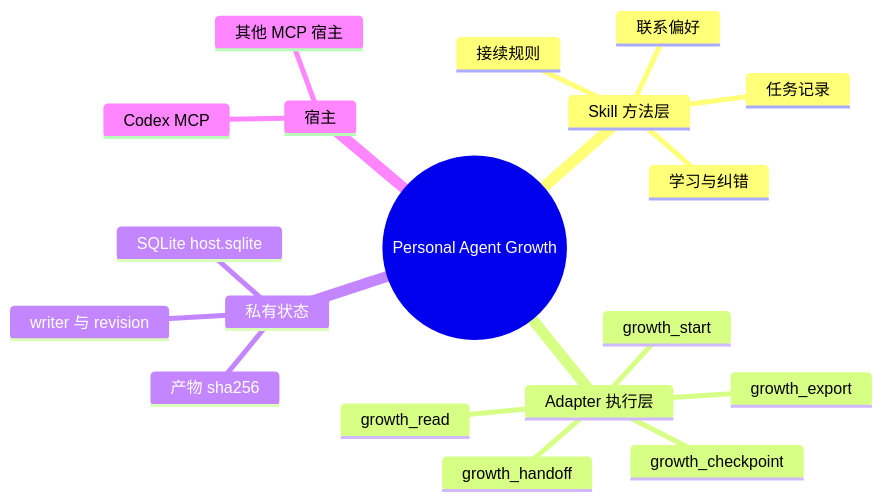
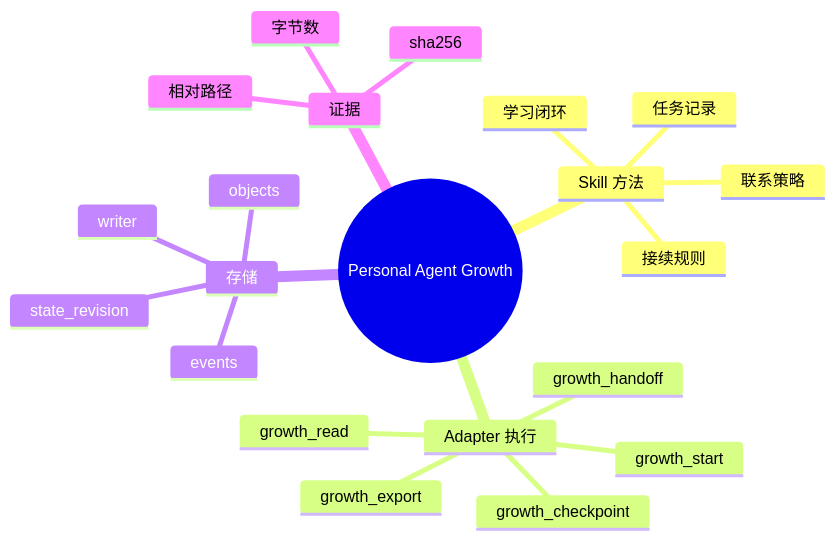
One commit to KarmenLoop/personal-agent-growth changed the second of 4 diagrams in README.zh-CN.md. Above: the diagram before and after it, drawn with Mermaid. The commit also changed other lines of this file and 1 other file, not shown here.

Commit message:
docs: refresh README for clarity, FAQ, and architecture

````diff
--- a/README.zh-CN.md
+++ b/README.zh-CN.md
@@ -66,22 +90,24 @@
 ```mermaid
 mindmap
   root((Personal Agent Growth))
-    Skill 方法层
+    Skill 方法
       任务记录
-      学习与纠错
-      联系偏好
+      学习闭环
+      联系策略
       接续规则
-    Adapter 执行层
+    Adapter 执行
       growth_start
       growth_checkpoint
       growth_handoff
       growth_read
       growth_export
-    私有状态
-      SQLite host.sqlite
-      writer 与 revision
-      产物 sha256
-    宿主
-      Codex MCP
-      其他 MCP 宿主
+    存储
+      objects
+      events
+      writer
+      state_revision
+    证据
+      相对路径
+      字节数
+      sha256
 ```
````
